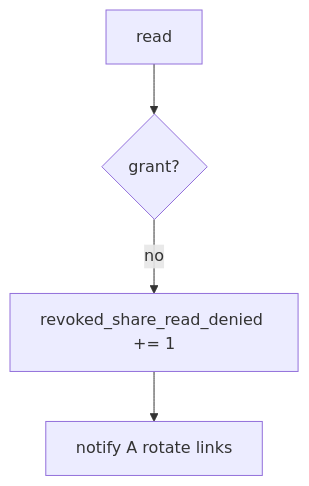
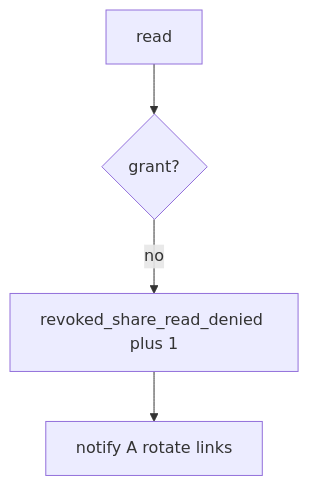
One commit to ishitvagoel/LearnSecurity changed the diagram in content/modules/11/11/lessons/06-operate.md. Above: the diagram before and after it, drawn with Mermaid. The commit also changed other lines of this file and 28 other files, not shown here.

````diff
--- a/content/modules/11/11/lessons/06-operate.md
+++ b/content/modules/11/11/lessons/06-operate.md
@@ -13,6 +13,6 @@
 ```mermaid
 flowchart TD
   Read[read] --> G{grant?}
-  G -->|no| Metric["revoked_share_read_denied += 1"]
+  G -->|no| Metric["revoked_share_read_denied plus 1"]
   Metric --> Notify[notify A rotate links]
 ```
````
